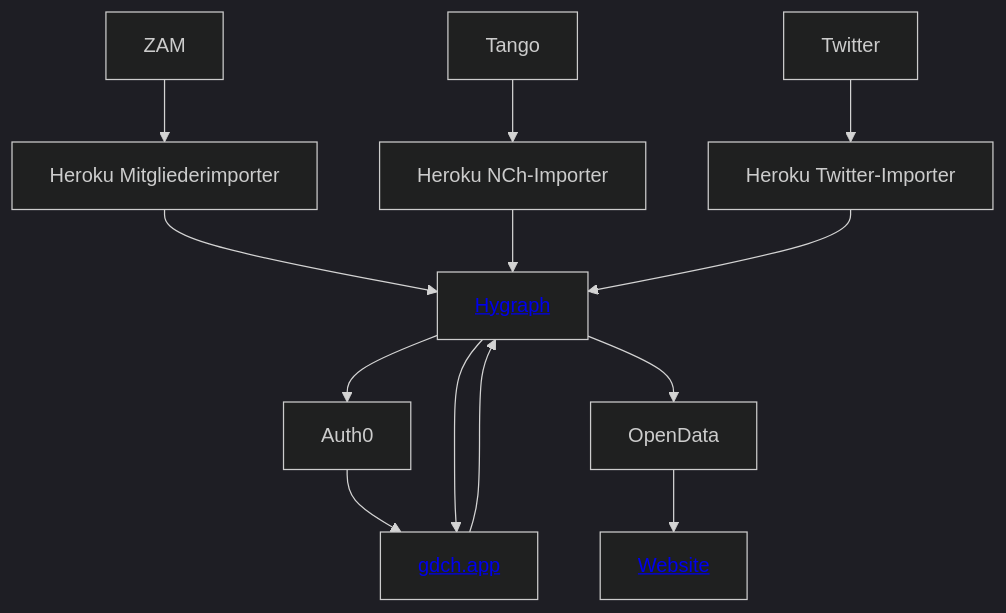
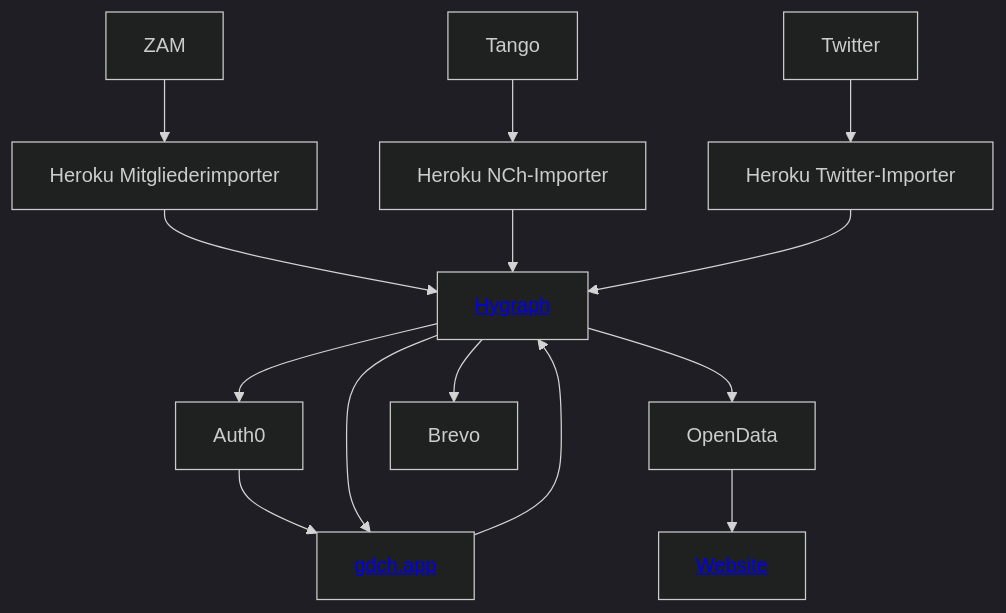
The diagram in infrastructure.md (GDCh-de/docs), drawn with Mermaid (dark theme) before and after one commit.

````diff
--- a/infrastructure.md
+++ b/infrastructure.md
@@ -3,8 +3,9 @@
 ```mermaid
 graph TD;
   Hygraph[<a href='/GDCh-de/docs/blob/main/hygraph.md'>Hygraph</a>] --> Auth0 --> App[<a href='https://gdch.app'>gdch.app</a>] --> Hygraph --> App;
   ZAM --> Heroku1[Heroku Mitgliederimporter] --> Hygraph;
   Tango --> Heroku2[Heroku NCh-Importer] --> Hygraph;
   Twitter --> Heroku3[Heroku Twitter-Importer] --> Hygraph;
-  Hygraph --> OpenData --> Website[<a href='https://gdch.de'>Website</a>]
+  Hygraph --> OpenData --> Website[<a href='https://gdch.de'>Website</a>];
+  Hygraph --> Brevo
 ```
````
